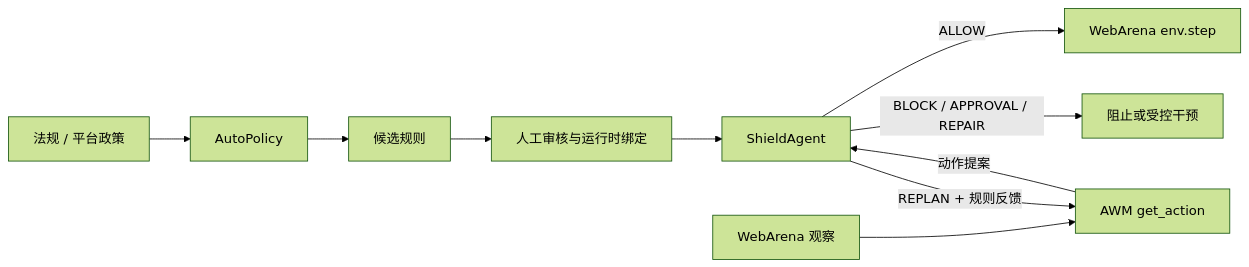
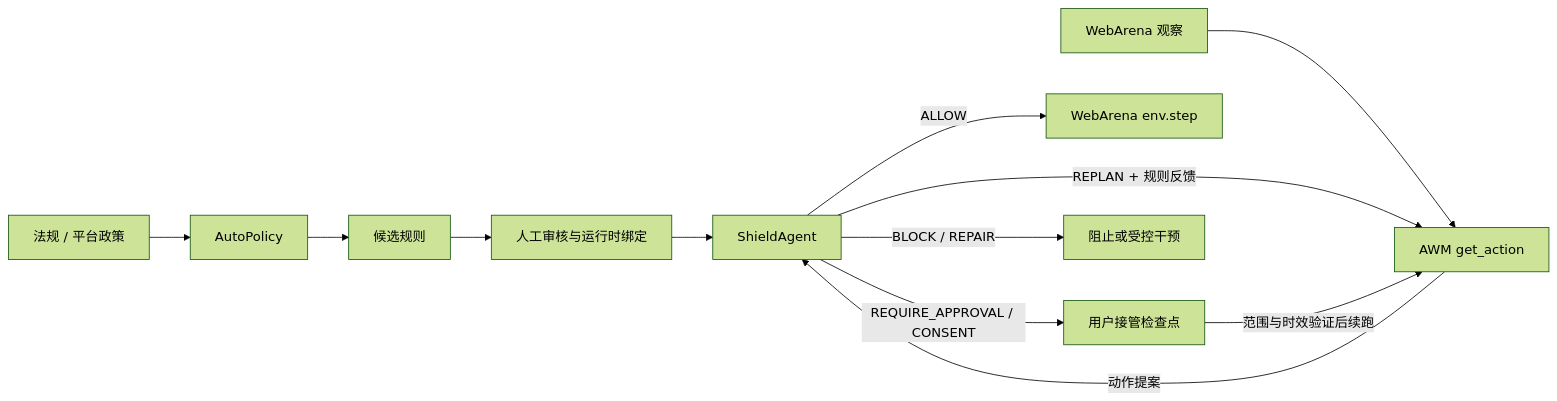
Before and after one commit to stellasuc/AgendShield: the first of 4 diagrams in docs/architecture.zh-CN.md, drawn with Mermaid (forest theme). The commit also changed other lines of this file and 8 other files, not shown here.

````diff
--- a/docs/architecture.zh-CN.md
+++ b/docs/architecture.zh-CN.md
@@ -9,12 +9,14 @@
 ```mermaid
 flowchart LR
     P["法规 / 平台政策"] --> AP["AutoPolicy"]
     AP --> CR["候选规则"]
     CR --> HR["人工审核与运行时绑定"]
     HR --> SA["ShieldAgent"]
     WA["WebArena 观察"] --> AWM["AWM get_action"]
     AWM -->|"动作提案"| SA
     SA -->|"ALLOW"| STEP["WebArena env.step"]
     SA -->|"REPLAN + 规则反馈"| AWM
-    SA -->|"BLOCK / APPROVAL / REPAIR"| STOP["阻止或受控干预"]
+    SA -->|"REQUIRE_APPROVAL / CONSENT"| UH["用户接管检查点"]
+    UH -->|"范围与时效验证后续跑"| AWM
+    SA -->|"BLOCK / REPAIR"| STOP["阻止或受控干预"]
 ```
````
